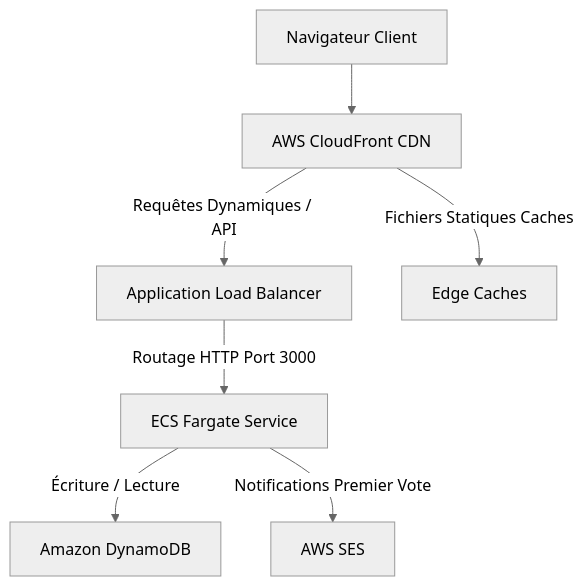
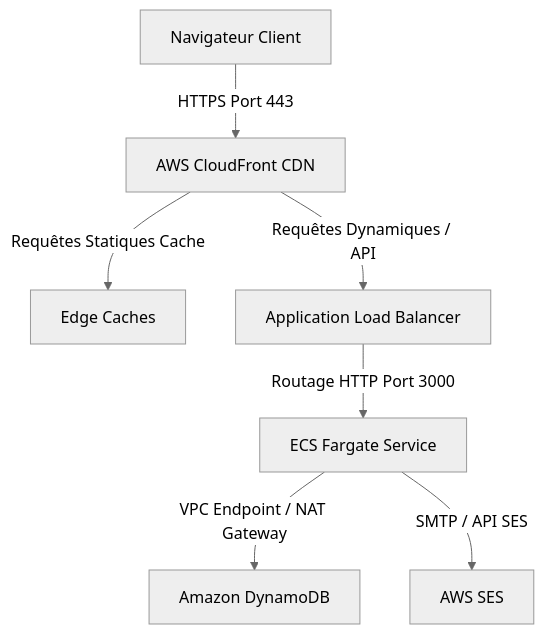
The diagram in docs/INFRASTRUCTURE.md (Nehemie-Jacques/QuickPoll-), drawn with Mermaid (neutral theme) before and after one commit. The commit also changed other lines of this file and 1 other file, not shown here.

Commit message:
docs: expand developer setup and AWS architecture details in French

````diff
--- a/docs/INFRASTRUCTURE.md
+++ b/docs/INFRASTRUCTURE.md
@@ -11,9 +27,9 @@
 ```mermaid
 graph TD
-    Client[Navigateur Client] --> CF[AWS CloudFront CDN]
+    Client[Navigateur Client] -->|HTTPS Port 443| CF[AWS CloudFront CDN]
+    CF -->|Requêtes Statiques Cache| S3[Edge Caches]
     CF -->|Requêtes Dynamiques / API| ALB[Application Load Balancer]
-    CF -->|Fichiers Statiques Caches| S3[Edge Caches]
     ALB -->|Routage HTTP Port 3000| ECS[ECS Fargate Service]
-    ECS -->|Écriture / Lecture| Dynamo[Amazon DynamoDB]
-    ECS -->|Notifications Premier Vote| SES[AWS SES]
+    ECS -->|VPC Endpoint / NAT Gateway| Dynamo[Amazon DynamoDB]
+    ECS -->|SMTP / API SES| SES[AWS SES]
 ```
````
